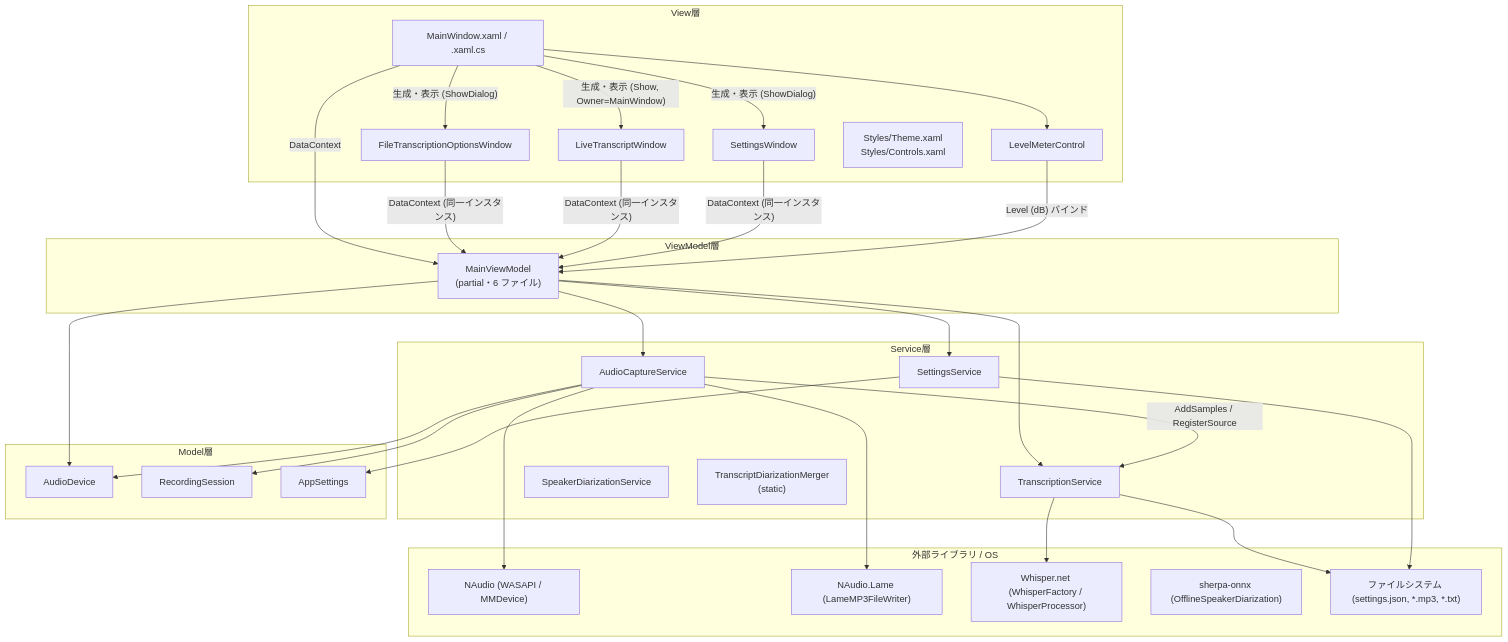
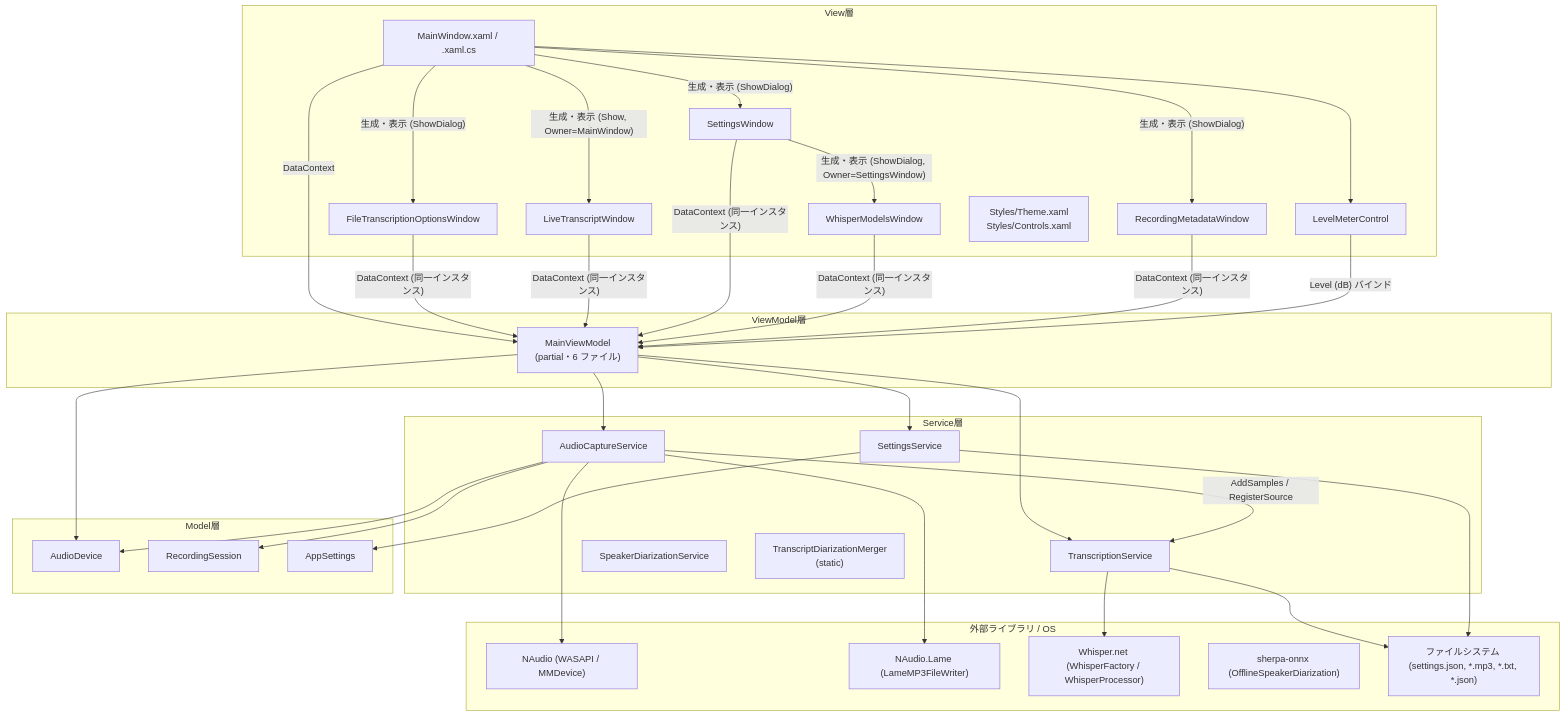
One commit to otomac/audio-capture-app changed the first of 4 diagrams in docs/spec/02_architecture.md. Above: the diagram before and after it, drawn with Mermaid. The commit also changed other lines of this file and 58 other files, not shown here.

````diff
--- a/docs/spec/02_architecture.md
+++ b/docs/spec/02_architecture.md
@@ -20,67 +20,73 @@
 ```mermaid
 graph TB
     subgraph View["View層"]
         MW["MainWindow.xaml / .xaml.cs"]
         FTW["FileTranscriptionOptionsWindow"]
         LTW["LiveTranscriptWindow"]
         SW["SettingsWindow"]
+        WMW["WhisperModelsWindow"]
+        RMW["RecordingMetadataWindow"]
         LMC["LevelMeterControl"]
         STY["Styles/Theme.xaml
 Styles/Controls.xaml"]
     end
 
     subgraph ViewModel["ViewModel層"]
         MVM["MainViewModel
 (partial・6 ファイル)"]
     end
 
     subgraph Service["Service層"]
         ACS["AudioCaptureService"]
         TS["TranscriptionService"]
         SDS["SpeakerDiarizationService"]
         TDM["TranscriptDiarizationMerger
 (static)"]
         SS["SettingsService"]
     end
 
     subgraph Model["Model層"]
         AD["AudioDevice"]
         RS["RecordingSession"]
         AS["AppSettings"]
     end
 
     subgraph External["外部ライブラリ / OS"]
         NAudio["NAudio (WASAPI / MMDevice)"]
         Lame["NAudio.Lame (LameMP3FileWriter)"]
         Whisper["Whisper.net (WhisperFactory / WhisperProcessor)"]
         Sherpa["sherpa-onnx (OfflineSpeakerDiarization)"]
-        FS["ファイルシステム (settings.json, *.mp3, *.txt)"]
+        FS["ファイルシステム (settings.json, *.mp3, *.txt, *.json)"]
     end
 
     MW -->|"DataContext"| MVM
     MW -->|"生成・表示 (ShowDialog)"| FTW
     MW -->|"生成・表示 (Show, Owner=MainWindow)"| LTW
     MW -->|"生成・表示 (ShowDialog)"| SW
+    SW -->|"生成・表示 (ShowDialog, Owner=SettingsWindow)"| WMW
+    MW -->|"生成・表示 (ShowDialog)"| RMW
     FTW -->|"DataContext (同一インスタンス)"| MVM
     LTW -->|"DataContext (同一インスタンス)"| MVM
     SW -->|"DataContext (同一インスタンス)"| MVM
+    WMW -->|"DataContext (同一インスタンス)"| MVM
+    RMW -->|"DataContext (同一インスタンス)"| MVM
     MW --> LMC
     LMC -->|"Level (dB) バインド"| MVM
 
     MVM --> ACS
     MVM --> TS
     MVM --> SS
     MVM --> AD
 
     ACS --> RS
     ACS --> AD
     ACS -->|"AddSamples / RegisterSource"| TS
     ACS --> NAudio
     ACS --> Lame
 
     TS --> Whisper
     TS --> FS
 
     SS --> AS
     SS --> FS
 ```
````
